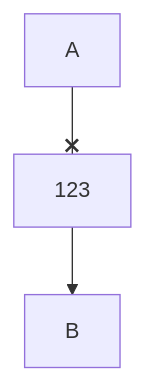
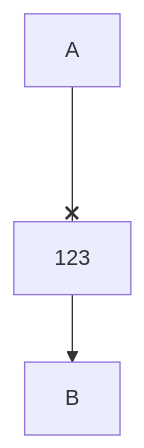
Before and after one commit to henderson2k/sn: the diagram in mermaidtest.md, drawn with Mermaid.

````diff
--- a/mermaidtest.md
+++ b/mermaidtest.md
@@ -5,4 +5,4 @@
 ```mermaid
 flowchart
-A --x 123 --> B
+A <--x 123 --> B
 ```
````
